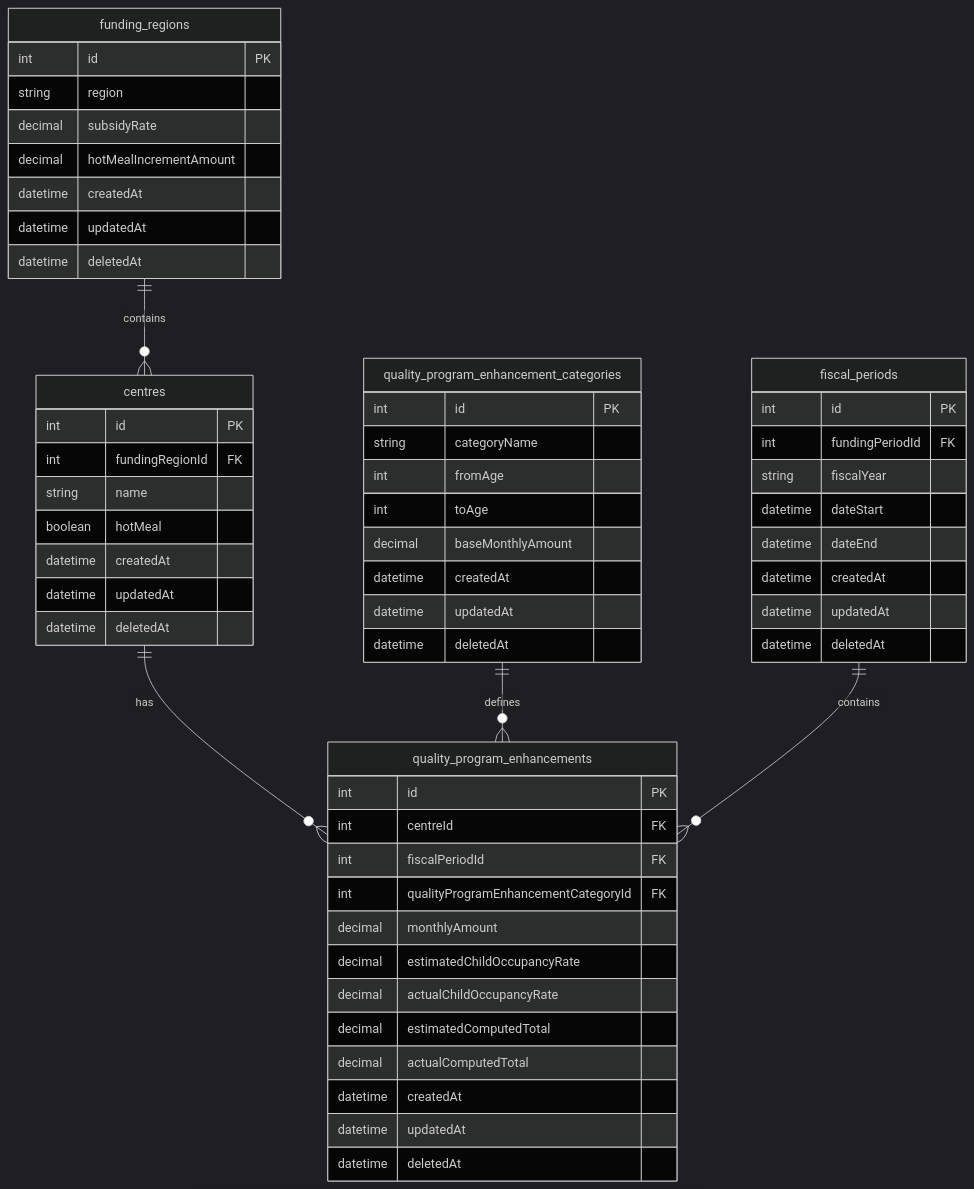
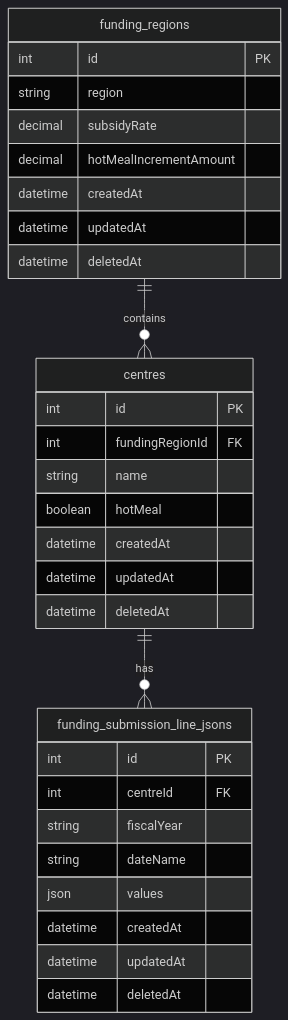
The diagram in agents/plans/Plan, Hot Meal Feature Implementation Approaches, 2026-04-15.md (icefoganalytics/elcc-data-management), drawn with Mermaid (dark theme) before and after one commit. The commit also changed other lines of this file, not shown here.

````diff
--- a/agents/plans/Plan, Hot Meal Feature Implementation Approaches, 2026-04-15.md
+++ b/agents/plans/Plan, Hot Meal Feature Implementation Approaches, 2026-04-15.md
@@ -83,64 +40,36 @@
 ```mermaid
 erDiagram
     funding_regions ||--o{ centres : contains
-    centres ||--o{ quality_program_enhancements : has
-    quality_program_enhancement_categories ||--o{ quality_program_enhancements : defines
-    fiscal_periods ||--o{ quality_program_enhancements : contains
+    centres ||--o{ funding_submission_line_jsons : has
 
     funding_regions {
         int id PK
         string region
         decimal subsidyRate
         decimal hotMealIncrementAmount
         datetime createdAt
         datetime updatedAt
         datetime deletedAt
     }
 
     centres {
         int id PK
         int fundingRegionId FK
         string name
         boolean hotMeal
         datetime createdAt
         datetime updatedAt
         datetime deletedAt
     }
 
-    quality_program_enhancement_categories {
-        int id PK
-        string categoryName
-        int fromAge
-        int toAge
-        decimal baseMonthlyAmount
-        datetime createdAt
-        datetime updatedAt
-        datetime deletedAt
-    }
-
-    fiscal_periods {
-        int id PK
-        int fundingPeriodId FK
-        string fiscalYear
-        datetime dateStart
-        datetime dateEnd
-        datetime createdAt
-        datetime updatedAt
-        datetime deletedAt
-    }
-
-    quality_program_enhancements {
+    funding_submission_line_jsons {
         int id PK
         int centreId FK
-        int fiscalPeriodId FK
-        int qualityProgramEnhancementCategoryId FK
-        decimal monthlyAmount
-        decimal estimatedChildOccupancyRate
-        decimal actualChildOccupancyRate
-        decimal estimatedComputedTotal
-        decimal actualComputedTotal
+        string fiscalYear
+        string dateName
+        json values
         datetime createdAt
         datetime updatedAt
         datetime deletedAt
     }
 ```
````
